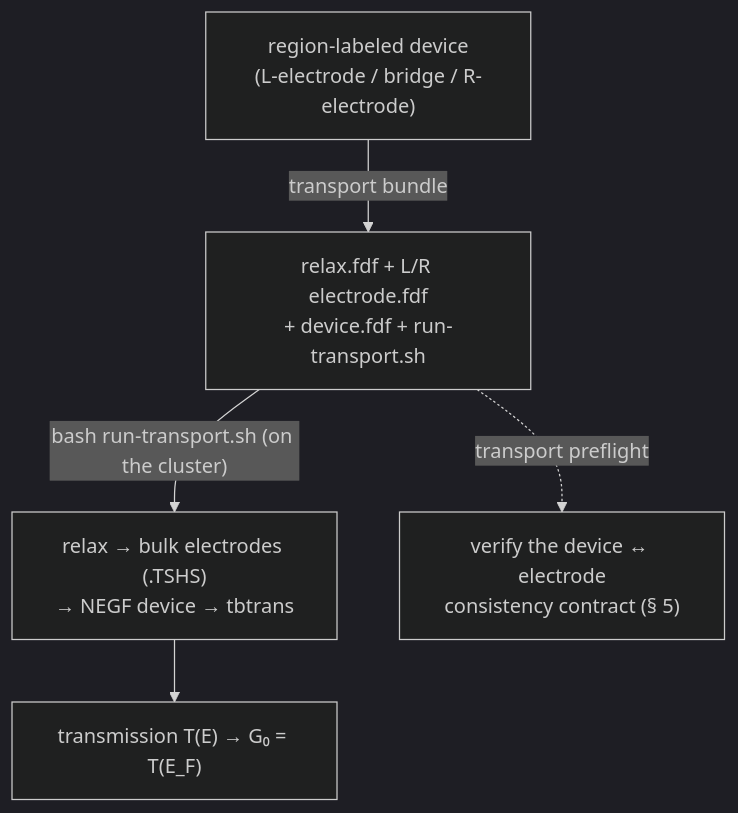
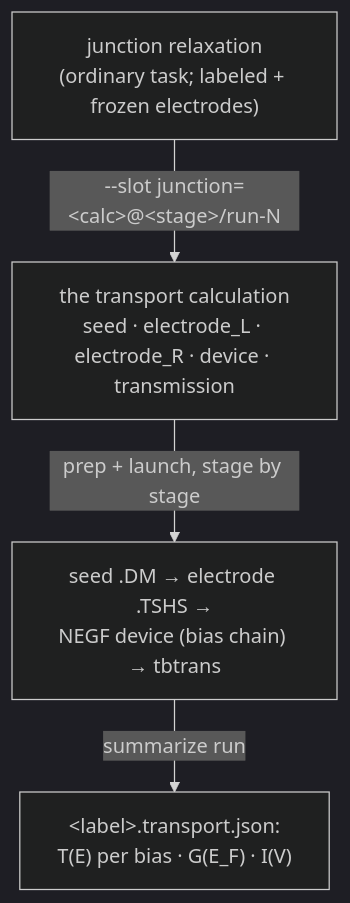
One commit to Qing-LAB/molbuilder changed the first of 3 diagrams in docs/engines/transport.md. Above: the diagram before and after it, drawn with Mermaid (dark theme). The commit also changed other lines of this file and 10 other files, not shown here.

````diff
--- a/docs/engines/transport.md
+++ b/docs/engines/transport.md
@@ -59,7 +60,7 @@
 ```mermaid
 flowchart TD
-    DEV["region-labeled device<br/>(L-electrode / bridge / R-electrode)"] -->|"transport bundle"| B["relax.fdf + L/R electrode.fdf<br/>+ device.fdf + run-transport.sh"]
-    B -->|"bash run-transport.sh (on the cluster)"| RUN["relax → bulk electrodes (.TSHS)<br/>→ NEGF device → tbtrans"]
-    RUN --> RES["transmission T(E) → G₀ = T(E_F)"]
-    B -.->|"transport preflight"| PF["verify the device ↔ electrode<br/>consistency contract (§ 5)"]
+    RX["junction relaxation<br/>(ordinary task; labeled + frozen electrodes)"]
+    RX -->|"--slot junction=&lt;calc&gt;@&lt;stage&gt;/run-N"| CT["the transport calculation<br/>seed · electrode_L · electrode_R · device · transmission"]
+    CT -->|"prep + launch, stage by stage"| RUN["seed .DM → electrode .TSHS →<br/>NEGF device (bias chain) → tbtrans"]
+    RUN -->|"summarize run"| RES["&lt;label&gt;.transport.json:<br/>T(E) per bias · G(E_F) · I(V)"]
 ```
````
